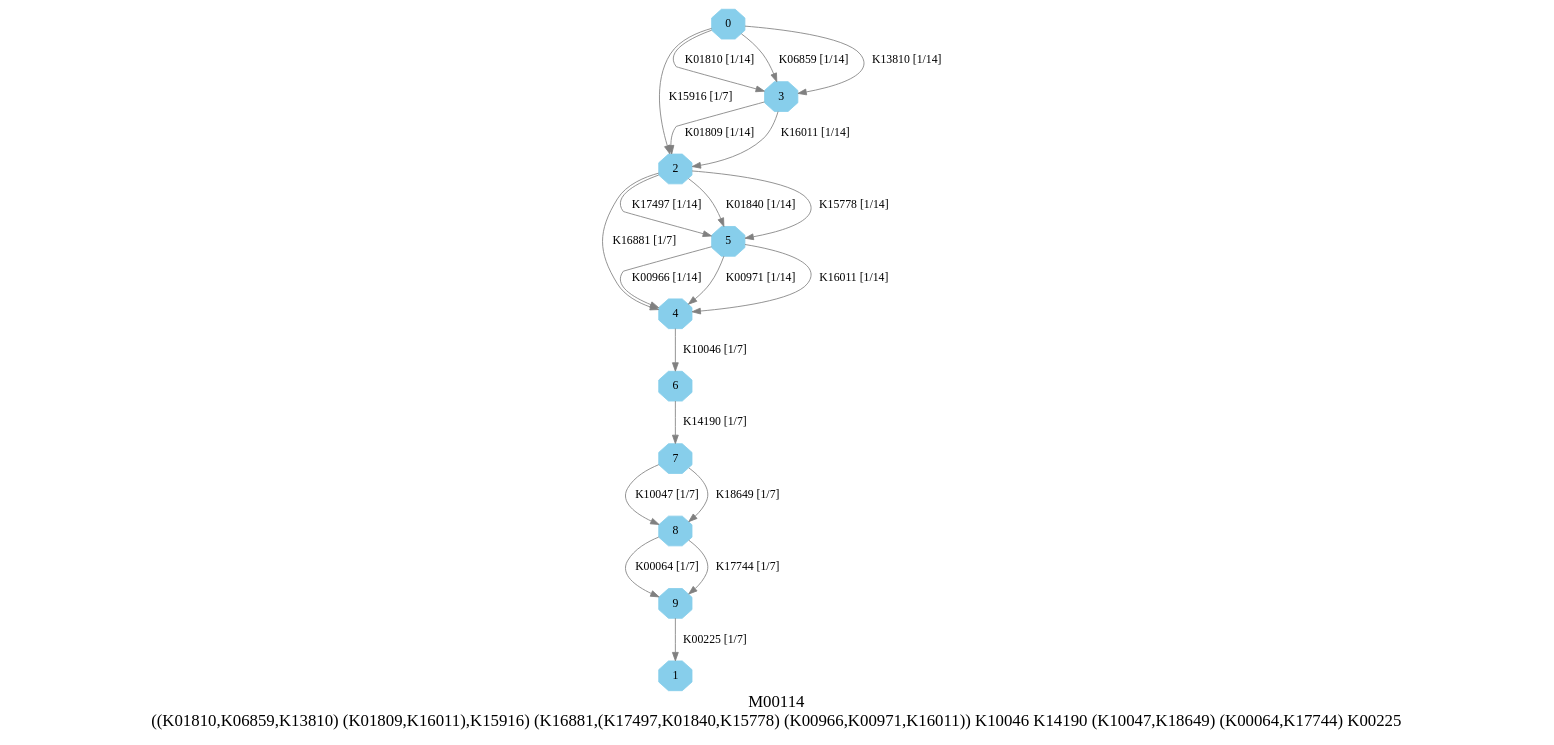
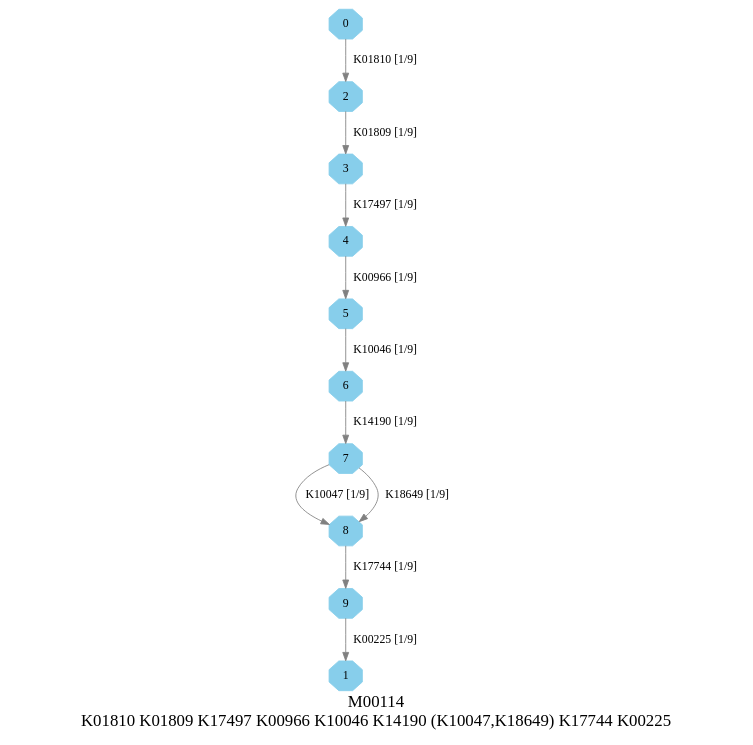
Before and after one commit to EBI-Metagenomics/kegg-pathways-completeness-tool: the diagram in graphs/dots/M00114.dot, drawn with Graphviz. The commit also changed 124 other files, not shown here.

```diff
--- a/graphs/dots/M00114.dot
+++ b/graphs/dots/M00114.dot
@@ -1,27 +1,17 @@
 digraph G {
 graph [label="M00114
-((K01810,K06859,K13810) (K01809,K16011),K15916) (K16881,(K17497,K01840,K15778) (K00966,K00971,K16011)) K10046 K14190 (K10047,K18649) (K00064,K17744) K00225",fontsize=20];
+K01810 K01809 K17497 K00966 K10046 K14190 (K10047,K18649) K17744 K00225",fontsize=20];
 node [shape=box,style=filled];
 edge [len=3,color=grey];
 {node [width=.3,height=.3,shape=octagon,style=filled,color=skyblue] 0 1 2 3 4 5 6 7 8 9 }
-0 -> 3 [label="K01810 [1/14]"];
-0 -> 3 [label="K06859 [1/14]"];
-0 -> 3 [label="K13810 [1/14]"];
-0 -> 2 [label="K15916 [1/7]"];
-2 -> 4 [label="K16881 [1/7]"];
-2 -> 5 [label="K17497 [1/14]"];
-2 -> 5 [label="K01840 [1/14]"];
-2 -> 5 [label="K15778 [1/14]"];
-3 -> 2 [label="K01809 [1/14]"];
-3 -> 2 [label="K16011 [1/14]"];
-4 -> 6 [label="K10046 [1/7]"];
-5 -> 4 [label="K00966 [1/14]"];
-5 -> 4 [label="K00971 [1/14]"];
-5 -> 4 [label="K16011 [1/14]"];
-6 -> 7 [label="K14190 [1/7]"];
-7 -> 8 [label="K10047 [1/7]"];
-7 -> 8 [label="K18649 [1/7]"];
-8 -> 9 [label="K00064 [1/7]"];
-8 -> 9 [label="K17744 [1/7]"];
-9 -> 1 [label="K00225 [1/7]"];
+0 -> 2 [label="K01810 [1/9]"];
+2 -> 3 [label="K01809 [1/9]"];
+3 -> 4 [label="K17497 [1/9]"];
+4 -> 5 [label="K00966 [1/9]"];
+5 -> 6 [label="K10046 [1/9]"];
+6 -> 7 [label="K14190 [1/9]"];
+7 -> 8 [label="K10047 [1/9]"];
+7 -> 8 [label="K18649 [1/9]"];
+8 -> 9 [label="K17744 [1/9]"];
+9 -> 1 [label="K00225 [1/9]"];
 }
```
